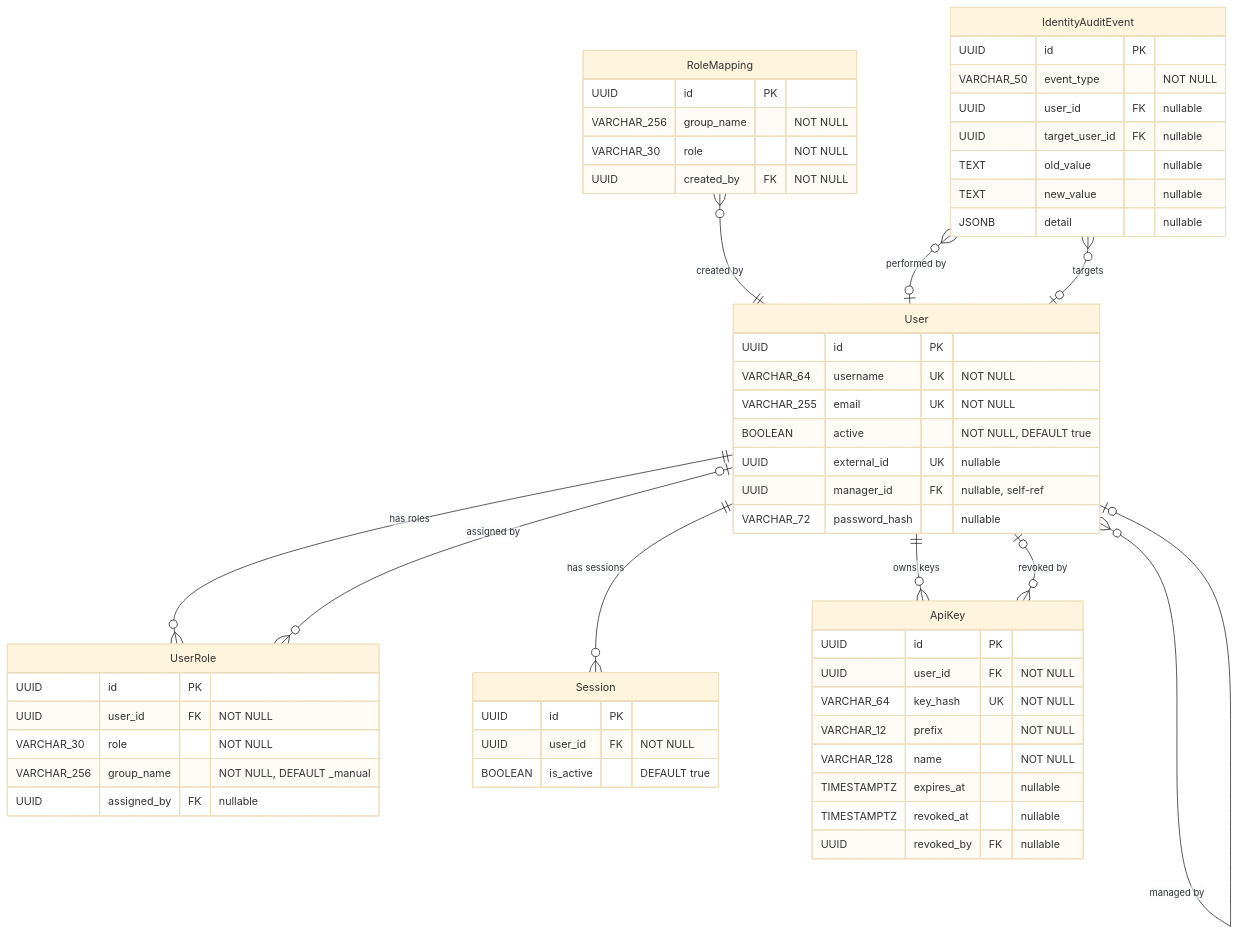
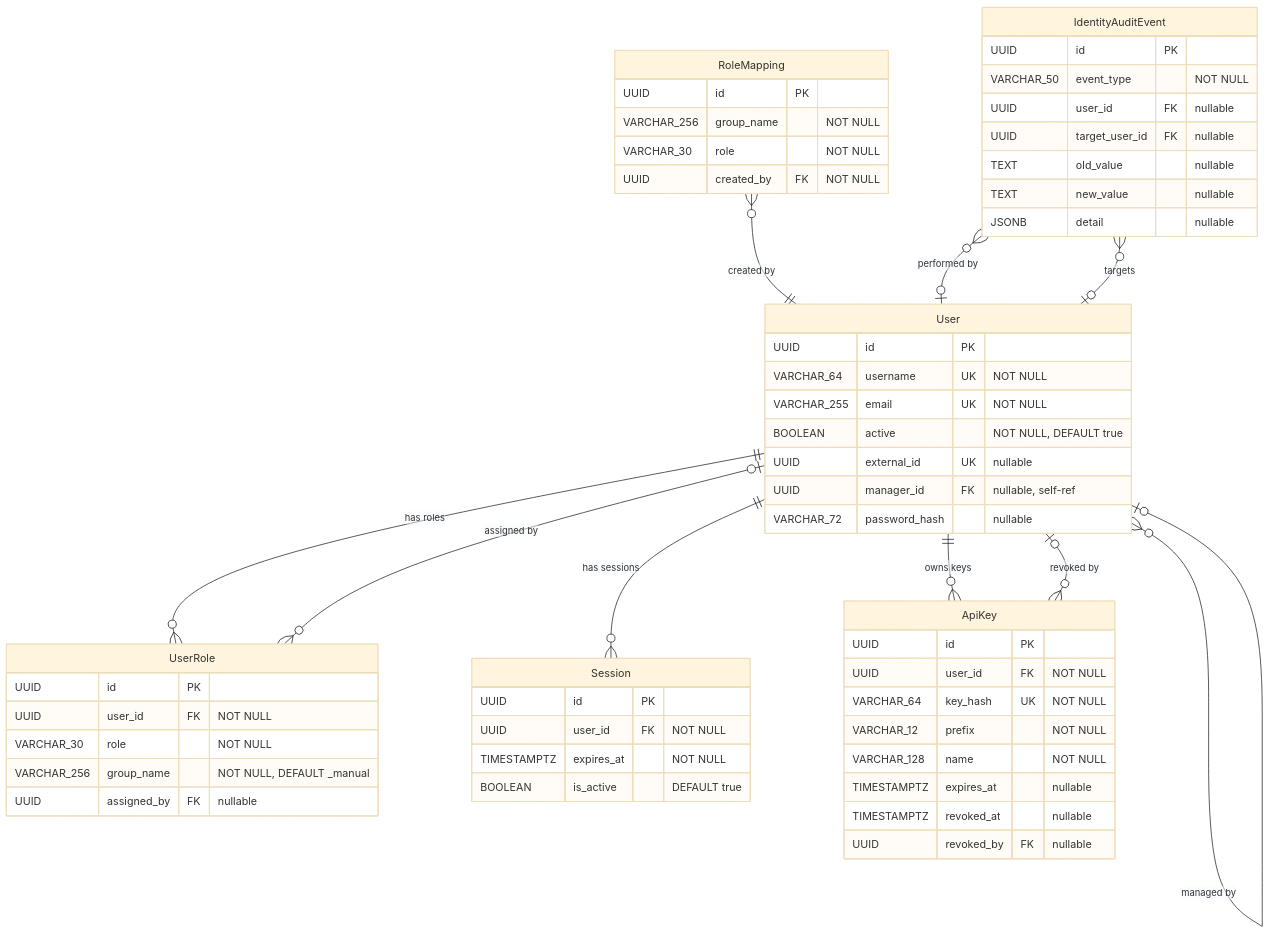
One commit to StayPirate/STAMP changed the fourth of 6 diagrams in docs/data-model.md. Above: the diagram before and after it, drawn with Mermaid (base theme). The commit also changed other lines of this file and 11 other files, not shown here.

````diff
--- a/docs/data-model.md
+++ b/docs/data-model.md
@@ -275,59 +275,60 @@
 ```mermaid
 erDiagram
     User {
         UUID id PK
         VARCHAR_64 username UK "NOT NULL"
         VARCHAR_255 email UK "NOT NULL"
         BOOLEAN active "NOT NULL, DEFAULT true"
         UUID external_id UK "nullable"
         UUID manager_id FK "nullable, self-ref"
         VARCHAR_72 password_hash "nullable"
     }
     UserRole {
         UUID id PK
         UUID user_id FK "NOT NULL"
         VARCHAR_30 role "NOT NULL"
         VARCHAR_256 group_name "NOT NULL, DEFAULT _manual"
         UUID assigned_by FK "nullable"
     }
     RoleMapping {
         UUID id PK
         VARCHAR_256 group_name "NOT NULL"
         VARCHAR_30 role "NOT NULL"
         UUID created_by FK "NOT NULL"
     }
     Session {
         UUID id PK
         UUID user_id FK "NOT NULL"
+        TIMESTAMPTZ expires_at "NOT NULL"
         BOOLEAN is_active "DEFAULT true"
     }
     ApiKey {
         UUID id PK
         UUID user_id FK "NOT NULL"
         VARCHAR_64 key_hash UK "NOT NULL"
         VARCHAR_12 prefix "NOT NULL"
         VARCHAR_128 name "NOT NULL"
         TIMESTAMPTZ expires_at "nullable"
         TIMESTAMPTZ revoked_at "nullable"
         UUID revoked_by FK "nullable"
     }
     IdentityAuditEvent {
         UUID id PK
         VARCHAR_50 event_type "NOT NULL"
         UUID user_id FK "nullable"
         UUID target_user_id FK "nullable"
         TEXT old_value "nullable"
         TEXT new_value "nullable"
         JSONB detail "nullable"
     }
 
     User ||--o{ UserRole : "has roles"
     User ||--o{ Session : "has sessions"
     User ||--o{ ApiKey : "owns keys"
     User }o--o| User : "managed by"
     UserRole }o--o| User : "assigned by"
     RoleMapping }o--|| User : "created by"
     ApiKey }o--o| User : "revoked by"
     IdentityAuditEvent }o--o| User : "performed by"
     IdentityAuditEvent }o--o| User : "targets"
 ```
````
